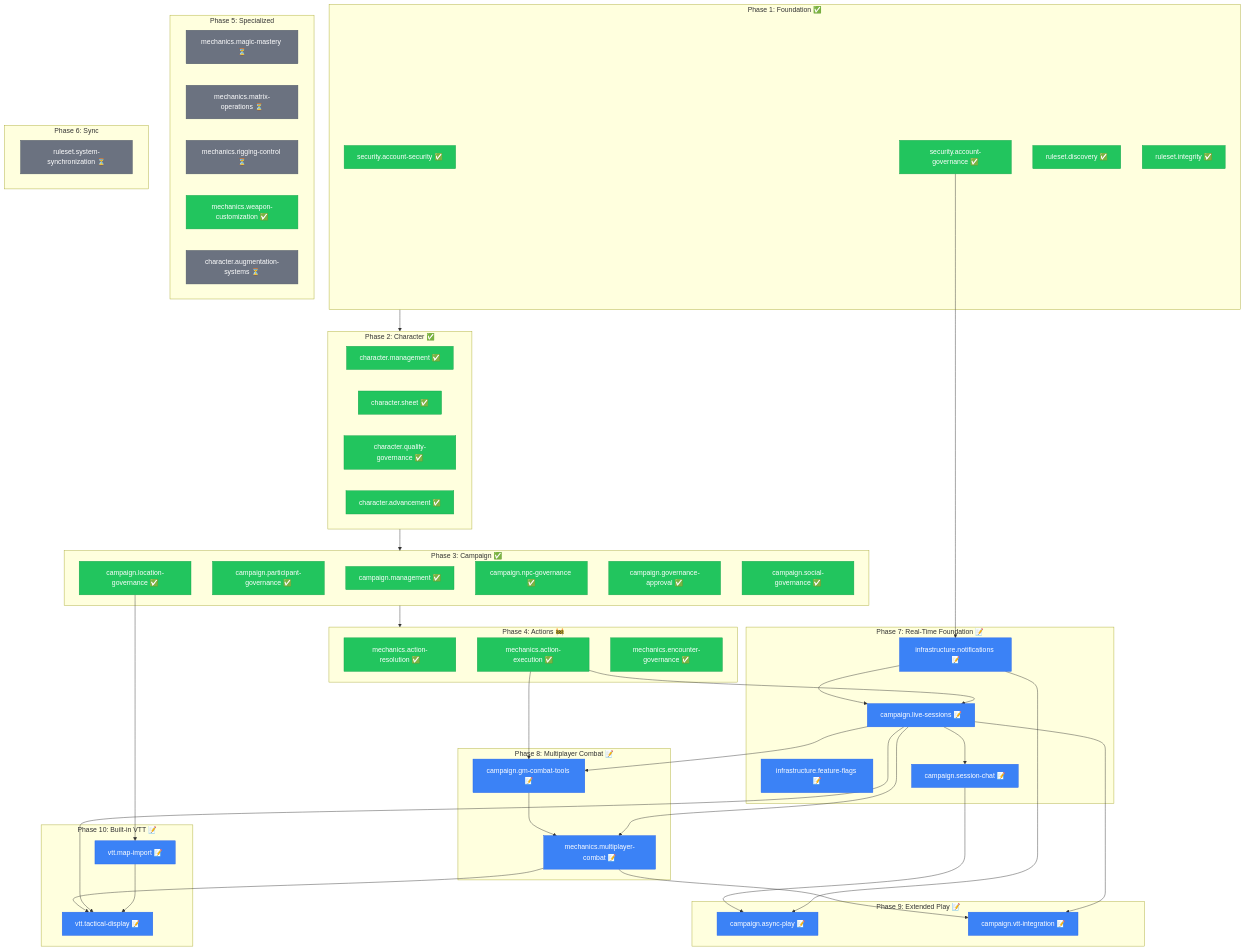
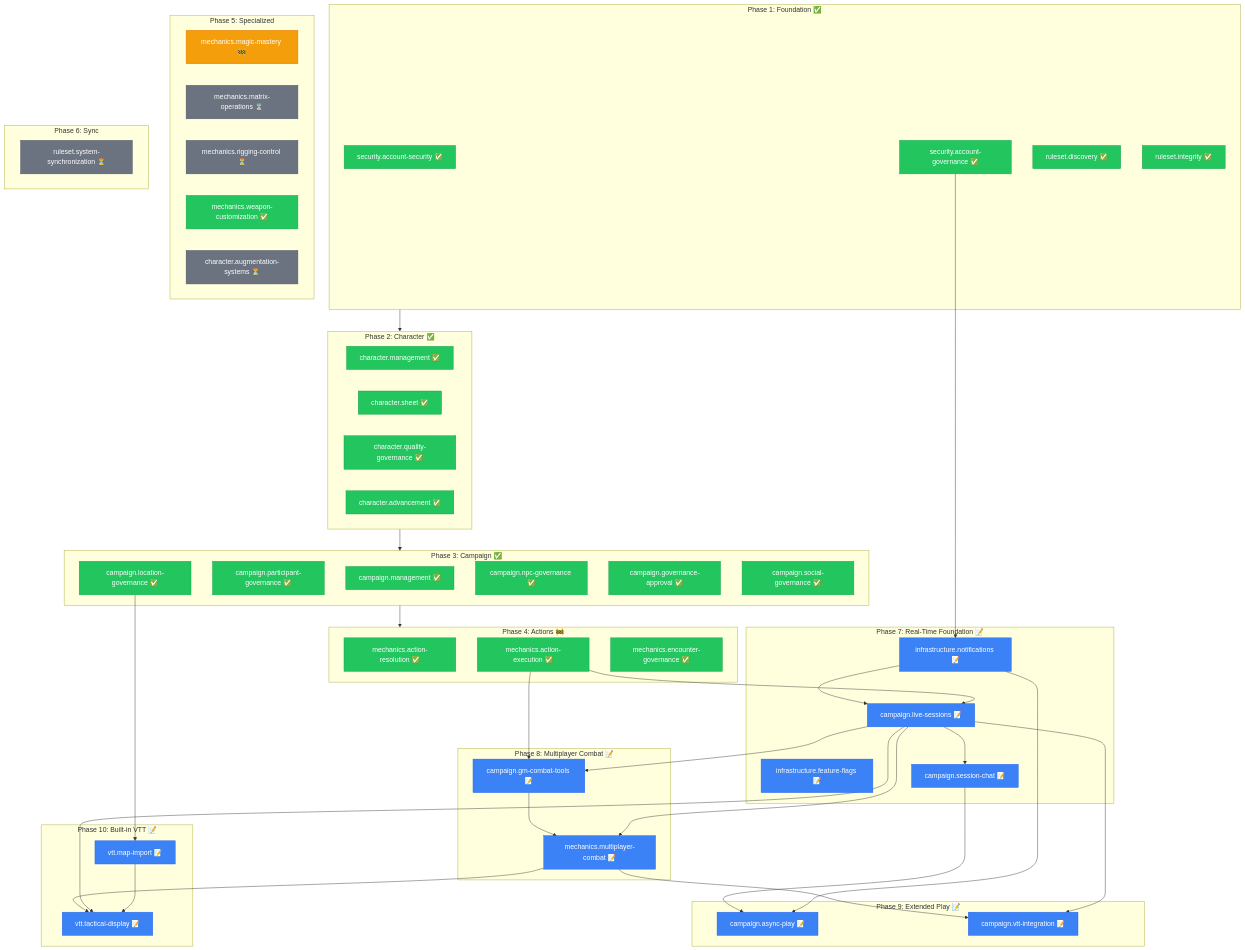
The diagram in docs/capabilities/README.md (Jasrags/ShadowMaster), drawn with Mermaid before and after one commit. The commit also changed other lines of this file and 2 other files, not shown here.

First line of the commit message:
test(magic): add API tests for drain and validation endpoints

````diff
--- a/docs/capabilities/README.md
+++ b/docs/capabilities/README.md
@@ -420,7 +420,7 @@
     end
 
     subgraph Phase5["Phase 5: Specialized"]
-        mech_magic["mechanics.magic-mastery ⏳"]
+        mech_magic["mechanics.magic-mastery 🚧"]
         mech_matrix["mechanics.matrix-operations ⏳"]
         mech_rigging["mechanics.rigging-control ⏳"]
         mech_weapon["mechanics.weapon-customization ✅"]
@@ -493,6 +493,7 @@
     classDef draft fill:#3b82f6,stroke:#2563eb,color:#fff
 
     class sec_security,sec_governance,rule_discovery,rule_integrity,char_mgmt,char_sheet,char_quality,char_advance,camp_mgmt,camp_participant,camp_location,camp_npc,camp_approval,camp_social,mech_resolution,mech_encounter,mech_weapon,mech_execution complete
-    class mech_magic,mech_matrix,mech_rigging,char_augment,rule_sync pending
+    class mech_matrix,mech_rigging,char_augment,rule_sync pending
+    class mech_magic inProgress
     class camp_live,camp_chat,camp_gm,mech_multi,camp_async,camp_vtt,vtt_import,vtt_display,infra_notify,infra_flags draft
 ```
````
